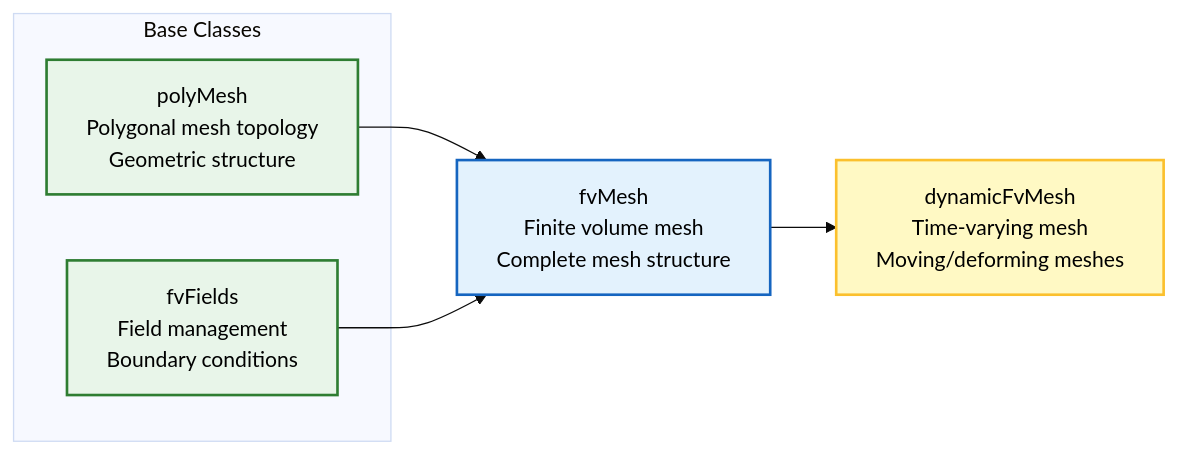
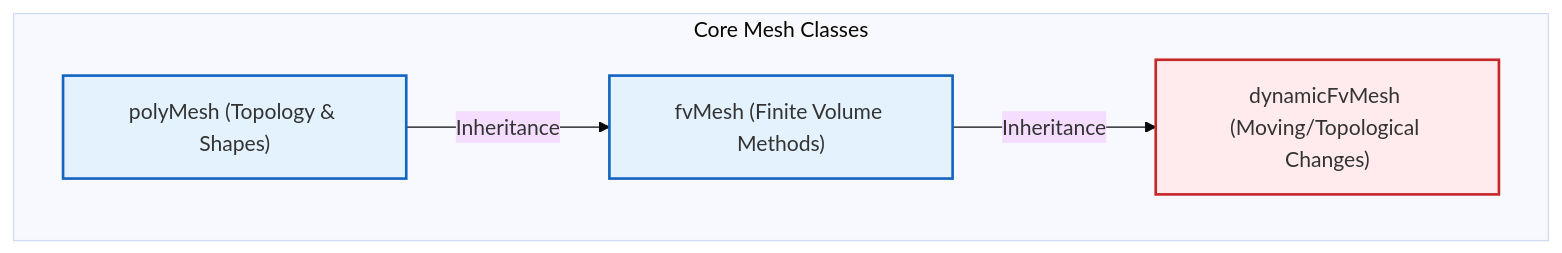
One commit to wramet/build-my-cfd changed the first of 4 diagrams in MODULE_01_CFD_FUNDAMENTALS/CONTENT/02_FINITE_VOLUME_METHOD/06_OpenFOAM_Implementation.md. Above: the diagram before and after it, drawn with Mermaid (base theme). The commit also changed other lines of this file and 313 other files, not shown here.

Commit message:
Revise all diagram

````diff
--- a/MODULE_01_CFD_FUNDAMENTALS/CONTENT/02_FINITE_VOLUME_METHOD/06_OpenFOAM_Implementation.md
+++ b/MODULE_01_CFD_FUNDAMENTALS/CONTENT/02_FINITE_VOLUME_METHOD/06_OpenFOAM_Implementation.md
@@ -19,23 +19,16 @@
 ```mermaid
-graph LR
-    subgraph "Base Classes"
-        A["polyMesh<br/>Polygonal mesh topology<br/>Geometric structure"]
-        B["fvFields<br/>Field management<br/>Boundary conditions"]
-    end
+graph TD
+%% Inheritance Hierarchy
+subgraph Core["Core Mesh Classes"]
+    polyMesh["polyMesh (Topology & Shapes)"]:::implicit
+    fvMesh["fvMesh (Finite Volume Methods)"]:::implicit
+    dynamicFvMesh["dynamicFvMesh (Moving/Topological Changes)"]:::explicit
+end
+%% Relations
+polyMesh -->|Inheritance| fvMesh
+fvMesh -->|Inheritance| dynamicFvMesh
 
-    C["fvMesh<br/>Finite volume mesh<br/>Complete mesh structure"]
-    D["dynamicFvMesh<br/>Time-varying mesh<br/>Moving/deforming meshes"]
-
-    A --> C
-    B --> C
-    C --> D
-
-    %% Styling Definitions
-    classDef base fill:#e8f5e9,stroke:#2e7d32,stroke-width:2px,color:#000;
-    classDef core fill:#e3f2fd,stroke:#1565c0,stroke-width:2px,color:#000;
-    classDef derived fill:#fff9c4,stroke:#fbc02d,stroke-width:2px,color:#000;
-
-    class A,B base;
-    class C core;
-    class D derived;
+%% Classes
+classDef implicit fill:#e3f2fd,stroke:#1565c0,stroke-width:2px
+classDef explicit fill:#ffebee,stroke:#c62828,stroke-width:2px
 ```
````
